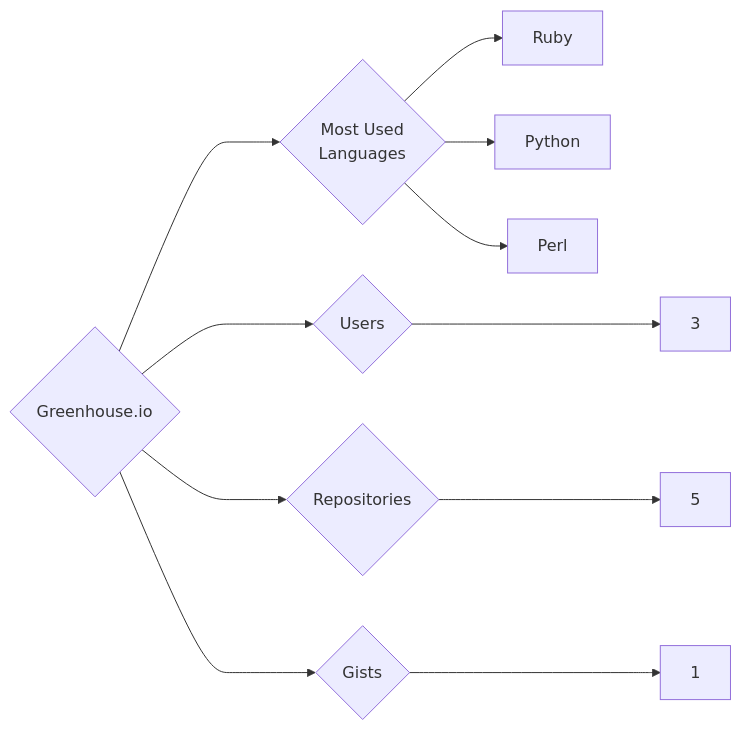
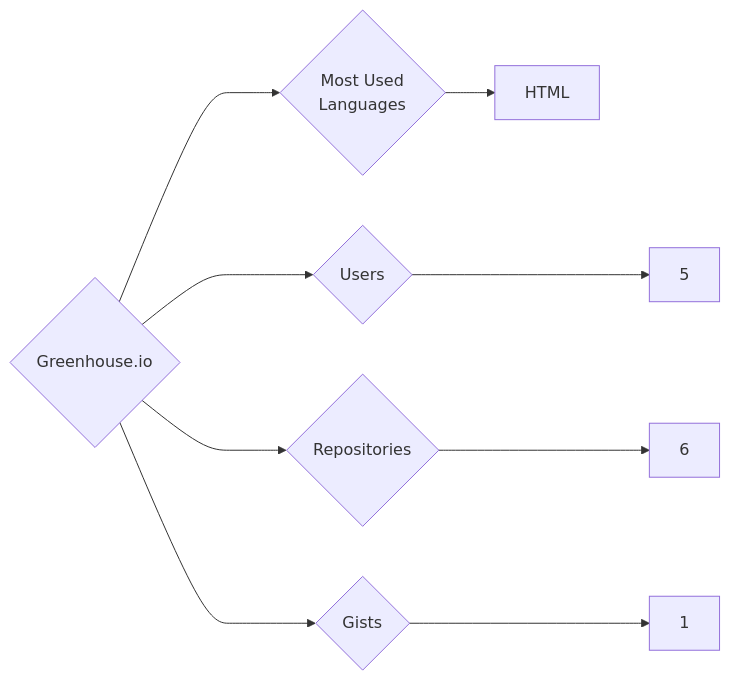
Before and after one commit to trickest/insiders: the diagram in targets/Greenhouse.io/README.md, drawn with Mermaid. The commit also changed 1170 other files, not shown here.

````diff
--- a/targets/Greenhouse.io/README.md
+++ b/targets/Greenhouse.io/README.md
@@ -3,11 +3,9 @@
 ```mermaid
 graph LR
 COMPANY_NAME{Greenhouse.io}
-COMPANY_NAME ---> U{Users} ---> UN[3]
-COMPANY_NAME ---> R{Repositories} ---> RN[5]
+COMPANY_NAME ---> U{Users} ---> UN[5]
+COMPANY_NAME ---> R{Repositories} ---> RN[6]
 COMPANY_NAME ---> G{Gists} ---> GN[1]
 COMPANY_NAME ---> ML{Most Used<br>Languages}
-ML --> Ruby[Ruby]
-ML --> Python[Python]
-ML --> Perl[Perl]
+ML --> HTML[HTML]
 ```
````
